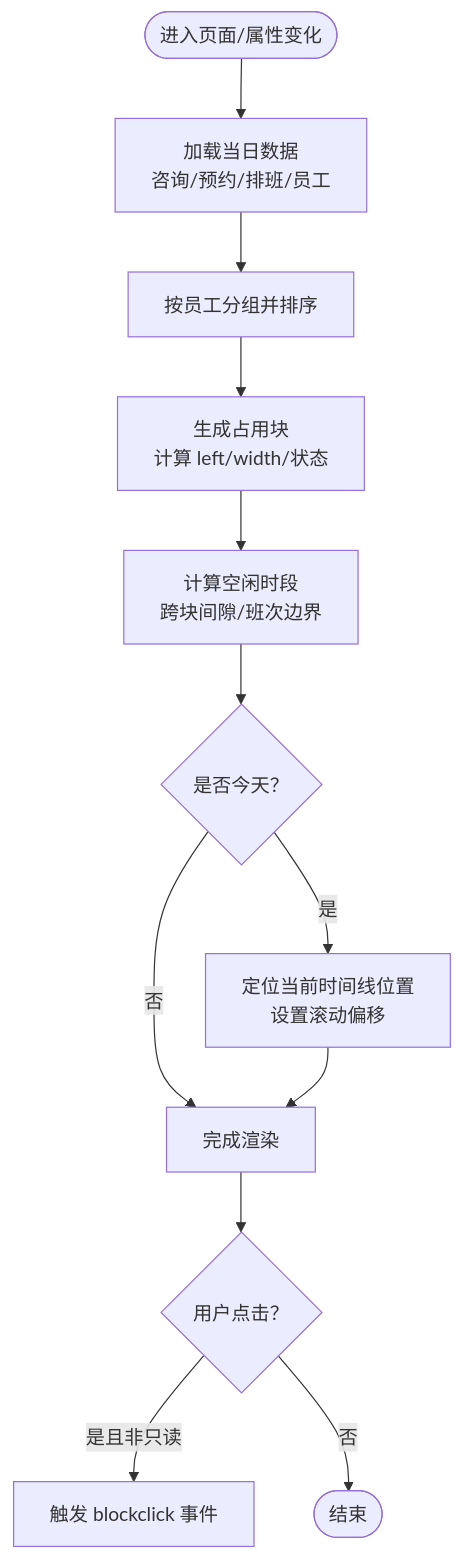
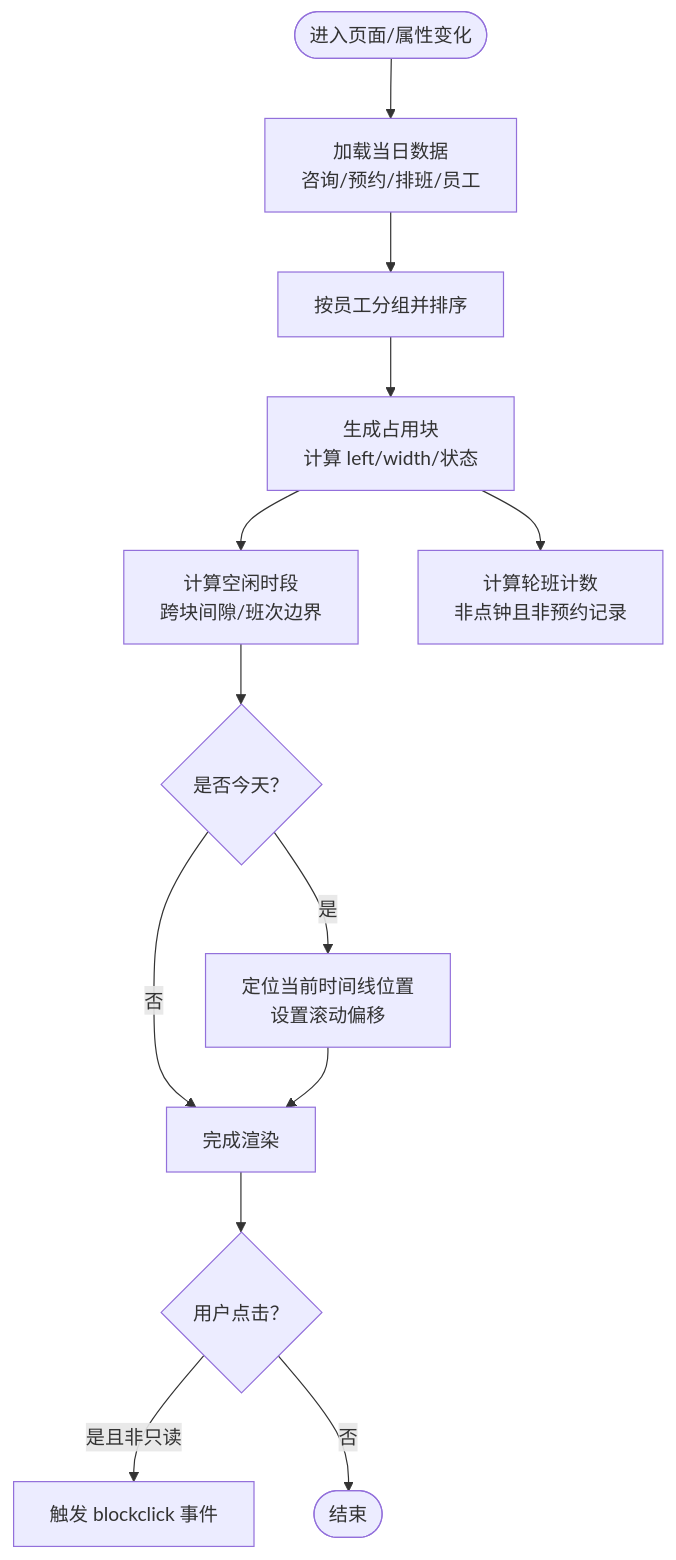
The third of 6 diagrams in .qoder/repowiki/zh/content/UI组件系统/展示组件.md (xwHoward/padoo-consulation-printer), drawn with Mermaid before and after one commit. The commit also changed other lines of this file and 15 other files, not shown here.

````diff
--- a/.qoder/repowiki/zh/content/UI组件系统/展示组件.md
+++ b/.qoder/repowiki/zh/content/UI组件系统/展示组件.md
@@ -111,14 +118,15 @@
 ```mermaid
 flowchart TD
 Start(["进入页面/属性变化"]) --> Load["加载当日数据<br/>咨询/预约/排班/员工"]
 Load --> Group["按员工分组并排序"]
 Group --> Blocks["生成占用块<br/>计算 left/width/状态"]
 Blocks --> Slots["计算空闲时段<br/>跨块间隙/班次边界"]
+Blocks --> Rotation["计算轮班计数<br/>非点钟且非预约记录"]
 Slots --> Today{"是否今天？"}
 Today --> |是| Now["定位当前时间线位置<br/>设置滚动偏移"]
 Today --> |否| Done["完成渲染"]
 Now --> Done
 Done --> Interact{"用户点击？"}
 Interact --> |是且非只读| Emit["触发 blockclick 事件"]
 Interact --> |否| End(["结束"])
 ```
````
